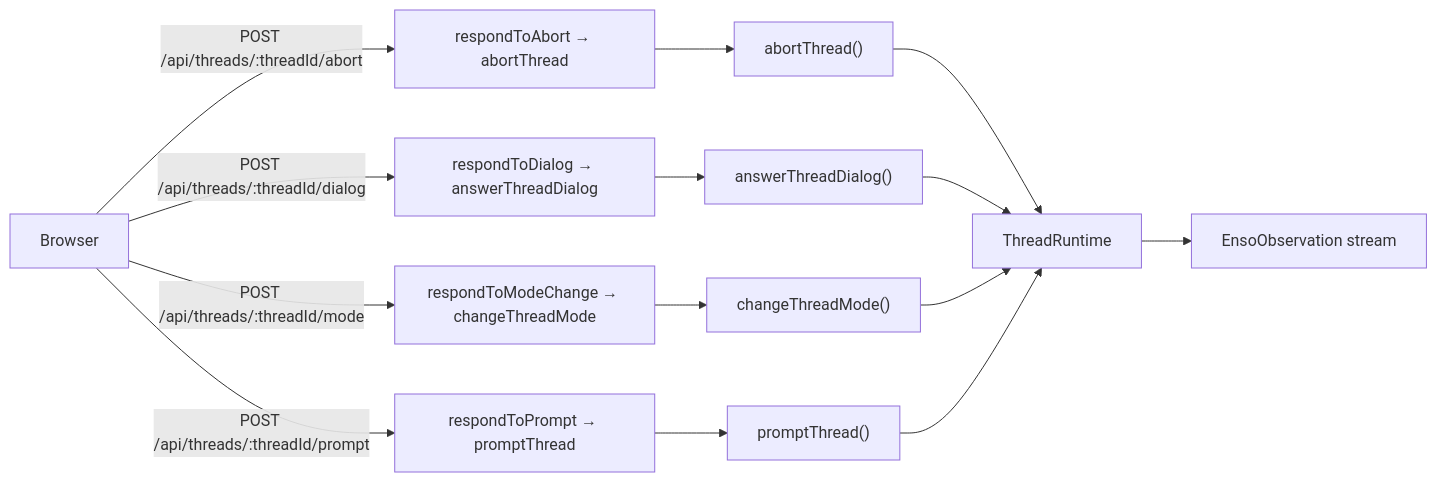
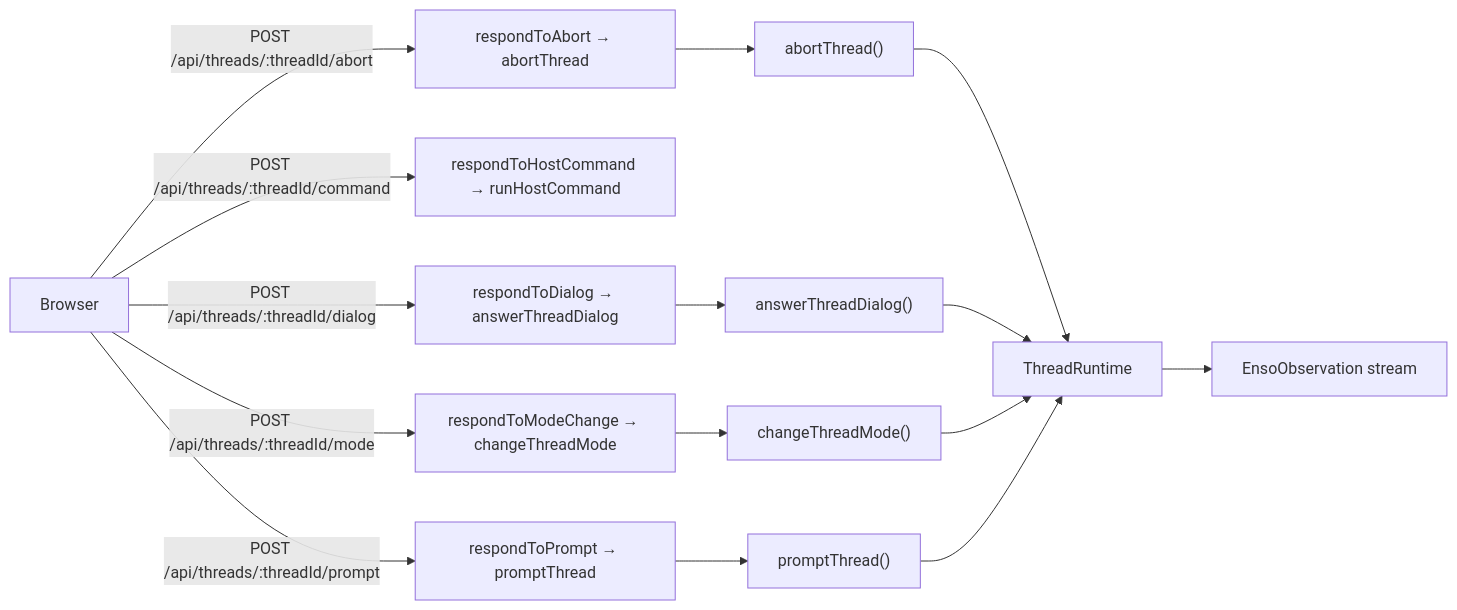
One commit to dopamine911/enso-harness changed the first of 2 diagrams in docs/reference/flows.md. Above: the diagram before and after it, drawn with Mermaid. The commit also changed other lines of this file and 47 other files, not shown here.

````diff
--- a/docs/reference/flows.md
+++ b/docs/reference/flows.md
@@ -10,17 +10,18 @@
 ```mermaid
 flowchart LR
   Browser["Browser"]
   Browser -->|POST /api/threads/:threadId/abort| R_POST_api_threads_threadId_abort["respondToAbort → abortThread"]
   R_POST_api_threads_threadId_abort --> H_respondToAbort_abortThread["abortThread()"]
   H_respondToAbort_abortThread --> Runtime
+  Browser -->|POST /api/threads/:threadId/command| R_POST_api_threads_threadId_command["respondToHostCommand → runHostCommand"]
   Browser -->|POST /api/threads/:threadId/dialog| R_POST_api_threads_threadId_dialog["respondToDialog → answerThreadDialog"]
   R_POST_api_threads_threadId_dialog --> H_respondToDialog_answerThreadDialog["answerThreadDialog()"]
   H_respondToDialog_answerThreadDialog --> Runtime
   Browser -->|POST /api/threads/:threadId/mode| R_POST_api_threads_threadId_mode["respondToModeChange → changeThreadMode"]
   R_POST_api_threads_threadId_mode --> H_respondToModeChange_changeThreadMode["changeThreadMode()"]
   H_respondToModeChange_changeThreadMode --> Runtime
   Browser -->|POST /api/threads/:threadId/prompt| R_POST_api_threads_threadId_prompt["respondToPrompt → promptThread"]
   R_POST_api_threads_threadId_prompt --> H_respondToPrompt_promptThread["promptThread()"]
   H_respondToPrompt_promptThread --> Runtime
   Runtime["ThreadRuntime"] --> Observations["EnsoObservation stream"]
 ```
````
